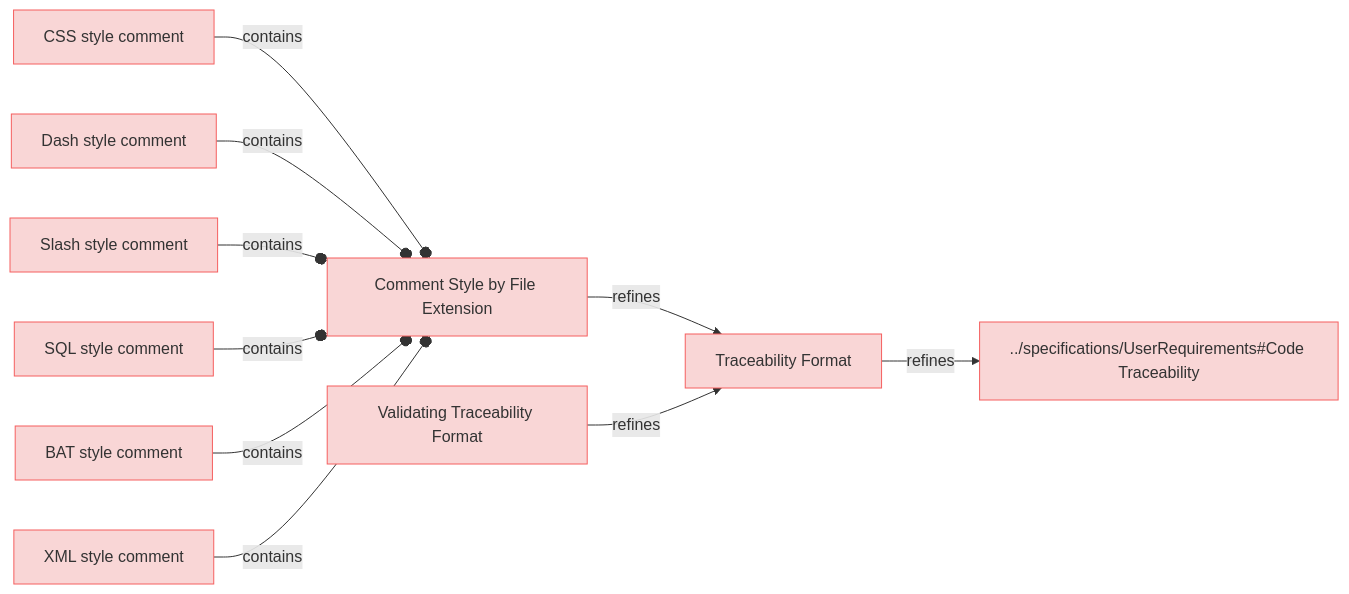
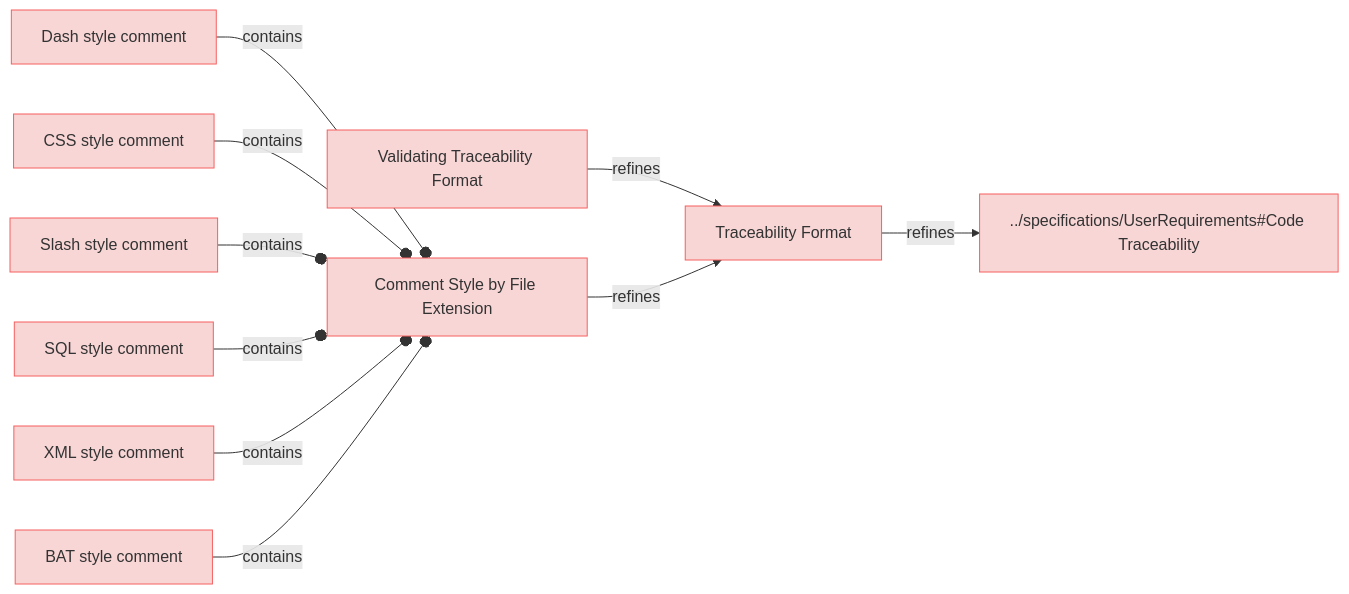
Before and after one commit to reqvire-org/reqvire: the diagram in specifications/CodeTraecabilityRequirements.md, drawn with Mermaid. The commit also changed 17 other files, not shown here.

Commit message:
Auto-generate diagrams after PR merge to main

````diff
--- a/specifications/CodeTraecabilityRequirements.md
+++ b/specifications/CodeTraecabilityRequirements.md
@@ -4,48 +4,48 @@
 ```mermaid
 graph LR;
   %% Graph styling
   classDef requirement fill:#f9d6d6,stroke:#f55f5f,stroke-width:1px;
   classDef verification fill:#d6f9d6,stroke:#5fd75f,stroke-width:1px;
   classDef externalLink fill:#d0e0ff,stroke:#3080ff,stroke-width:1px;
   classDef default fill:#f5f5f5,stroke:#333333,stroke-width:1px;
 
-  65c6dfea7db1c92f["CSS style comment"];
-  click 65c6dfea7db1c92f "https://github.com/ilijaljubicic/ReqFlow/blob/29a17f176519a28e973567d4102beb95f41075ed/specifications/CodeTraecabilityRequirements.md#css-style-comment";
-  class 65c6dfea7db1c92f requirement;
-  441d1cdce06ad3a2["Comment Style by File Extension"];
-  class 441d1cdce06ad3a2 requirement;
-  click 441d1cdce06ad3a2 "https://github.com/ilijaljubicic/ReqFlow/blob/29a17f176519a28e973567d4102beb95f41075ed/specifications/CodeTraecabilityRequirements.md#comment-style-by-file-extension";
-  65c6dfea7db1c92f --o|contains| 441d1cdce06ad3a2;
-  594ced3b454de491["Dash style comment"];
-  click 594ced3b454de491 "https://github.com/ilijaljubicic/ReqFlow/blob/29a17f176519a28e973567d4102beb95f41075ed/specifications/CodeTraecabilityRequirements.md#dash-style-comment";
-  class 594ced3b454de491 requirement;
-  594ced3b454de491 --o|contains| 441d1cdce06ad3a2;
-  642b1b8120da29c6["Slash style comment"];
-  click 642b1b8120da29c6 "https://github.com/ilijaljubicic/ReqFlow/blob/29a17f176519a28e973567d4102beb95f41075ed/specifications/CodeTraecabilityRequirements.md#slash-style-comment";
-  class 642b1b8120da29c6 requirement;
-  642b1b8120da29c6 --o|contains| 441d1cdce06ad3a2;
-  7b316e0013b74149["Traceability Format"];
-  class 7b316e0013b74149 requirement;
-  click 7b316e0013b74149 "https://github.com/ilijaljubicic/ReqFlow/blob/29a17f176519a28e973567d4102beb95f41075ed/specifications/CodeTraecabilityRequirements.md#traceability-format";
-  441d1cdce06ad3a2 -->|refines| 7b316e0013b74149;
-  1fc4e44d5fd988a6["../specifications/UserRequirements#Code Traceability"];
-  class 1fc4e44d5fd988a6 requirement;
-  click 1fc4e44d5fd988a6 "https://github.com/ilijaljubicic/ReqFlow/blob/29a17f176519a28e973567d4102beb95f41075ed/specifications/UserRequirements.md#code-traceability";
-  7b316e0013b74149 -->|refines| 1fc4e44d5fd988a6;
-  388e93e521a38370["Validating Traceability Format"];
-  click 388e93e521a38370 "https://github.com/ilijaljubicic/ReqFlow/blob/29a17f176519a28e973567d4102beb95f41075ed/specifications/CodeTraecabilityRequirements.md#validating-traceability-format";
-  class 388e93e521a38370 requirement;
-  388e93e521a38370 -->|refines| 7b316e0013b74149;
-  f8509ca65ccd9ff8["SQL style comment"];
-  click f8509ca65ccd9ff8 "https://github.com/ilijaljubicic/ReqFlow/blob/29a17f176519a28e973567d4102beb95f41075ed/specifications/CodeTraecabilityRequirements.md#sql-style-comment";
-  class f8509ca65ccd9ff8 requirement;
-  f8509ca65ccd9ff8 --o|contains| 441d1cdce06ad3a2;
-  79d357d6f00a0427["BAT style comment"];
-  click 79d357d6f00a0427 "https://github.com/ilijaljubicic/ReqFlow/blob/29a17f176519a28e973567d4102beb95f41075ed/specifications/CodeTraecabilityRequirements.md#bat-style-comment";
-  class 79d357d6f00a0427 requirement;
-  79d357d6f00a0427 --o|contains| 441d1cdce06ad3a2;
-  d443939ad4f72d1a["XML style comment"];
-  click d443939ad4f72d1a "https://github.com/ilijaljubicic/ReqFlow/blob/29a17f176519a28e973567d4102beb95f41075ed/specifications/CodeTraecabilityRequirements.md#xml-style-comment";
-  class d443939ad4f72d1a requirement;
-  d443939ad4f72d1a --o|contains| 441d1cdce06ad3a2;
+  befb3119a3411cc9["Traceability Format"];
+  click befb3119a3411cc9 "https://github.com/ilijaljubicic/ReqFlow/blob/73d5ae1d93adea71fdf4cc508be4d1ae09be068f/specifications/CodeTraecabilityRequirements.md#traceability-format";
+  class befb3119a3411cc9 requirement;
+  ee212ffe5248cf1a["../specifications/UserRequirements#Code Traceability"];
+  class ee212ffe5248cf1a requirement;
+  click ee212ffe5248cf1a "https://github.com/ilijaljubicic/ReqFlow/blob/73d5ae1d93adea71fdf4cc508be4d1ae09be068f/specifications/UserRequirements.md#code-traceability";
+  befb3119a3411cc9 -->|refines| ee212ffe5248cf1a;
+  8ea0bce64c0e4478["Dash style comment"];
+  click 8ea0bce64c0e4478 "https://github.com/ilijaljubicic/ReqFlow/blob/73d5ae1d93adea71fdf4cc508be4d1ae09be068f/specifications/CodeTraecabilityRequirements.md#dash-style-comment";
+  class 8ea0bce64c0e4478 requirement;
+  b721f3b78f158cf2["Comment Style by File Extension"];
+  class b721f3b78f158cf2 requirement;
+  click b721f3b78f158cf2 "https://github.com/ilijaljubicic/ReqFlow/blob/73d5ae1d93adea71fdf4cc508be4d1ae09be068f/specifications/CodeTraecabilityRequirements.md#comment-style-by-file-extension";
+  8ea0bce64c0e4478 --o|contains| b721f3b78f158cf2;
+  f8c8018fe76465fc["CSS style comment"];
+  click f8c8018fe76465fc "https://github.com/ilijaljubicic/ReqFlow/blob/73d5ae1d93adea71fdf4cc508be4d1ae09be068f/specifications/CodeTraecabilityRequirements.md#css-style-comment";
+  class f8c8018fe76465fc requirement;
+  f8c8018fe76465fc --o|contains| b721f3b78f158cf2;
+  bd4e0dd56ca955a8["Validating Traceability Format"];
+  click bd4e0dd56ca955a8 "https://github.com/ilijaljubicic/ReqFlow/blob/73d5ae1d93adea71fdf4cc508be4d1ae09be068f/specifications/CodeTraecabilityRequirements.md#validating-traceability-format";
+  class bd4e0dd56ca955a8 requirement;
+  bd4e0dd56ca955a8 -->|refines| befb3119a3411cc9;
+  6a9d8aa0bfd66e44["Slash style comment"];
+  click 6a9d8aa0bfd66e44 "https://github.com/ilijaljubicic/ReqFlow/blob/73d5ae1d93adea71fdf4cc508be4d1ae09be068f/specifications/CodeTraecabilityRequirements.md#slash-style-comment";
+  class 6a9d8aa0bfd66e44 requirement;
+  6a9d8aa0bfd66e44 --o|contains| b721f3b78f158cf2;
+  b721f3b78f158cf2 -->|refines| befb3119a3411cc9;
+  51141d55bd221f9d["SQL style comment"];
+  click 51141d55bd221f9d "https://github.com/ilijaljubicic/ReqFlow/blob/73d5ae1d93adea71fdf4cc508be4d1ae09be068f/specifications/CodeTraecabilityRequirements.md#sql-style-comment";
+  class 51141d55bd221f9d requirement;
+  51141d55bd221f9d --o|contains| b721f3b78f158cf2;
+  de1f37415b6b9a2d["XML style comment"];
+  click de1f37415b6b9a2d "https://github.com/ilijaljubicic/ReqFlow/blob/73d5ae1d93adea71fdf4cc508be4d1ae09be068f/specifications/CodeTraecabilityRequirements.md#xml-style-comment";
+  class de1f37415b6b9a2d requirement;
+  de1f37415b6b9a2d --o|contains| b721f3b78f158cf2;
+  a8ddfb7fb289138b["BAT style comment"];
+  click a8ddfb7fb289138b "https://github.com/ilijaljubicic/ReqFlow/blob/73d5ae1d93adea71fdf4cc508be4d1ae09be068f/specifications/CodeTraecabilityRequirements.md#bat-style-comment";
+  class a8ddfb7fb289138b requirement;
+  a8ddfb7fb289138b --o|contains| b721f3b78f158cf2;
 ```
````
